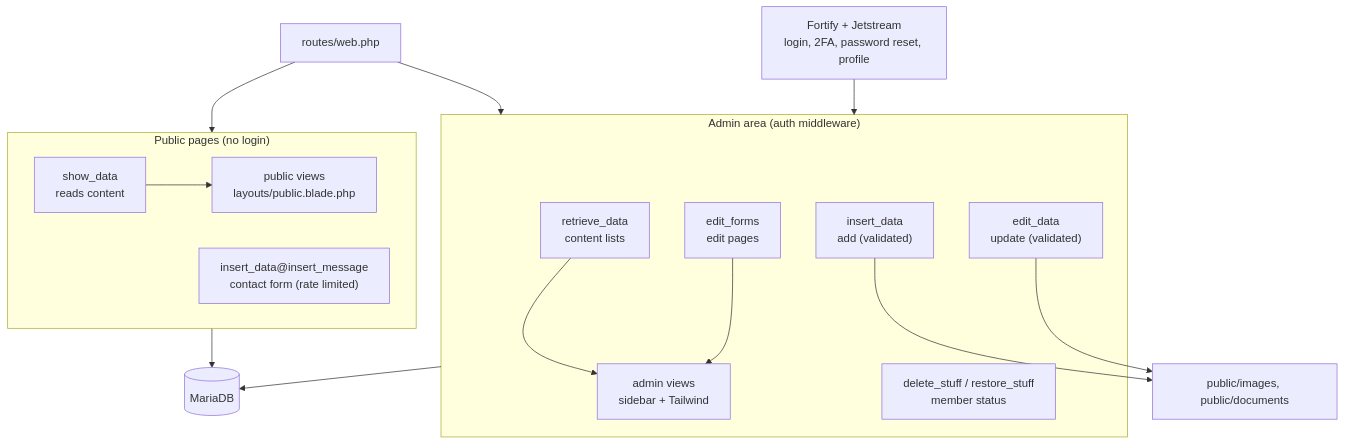
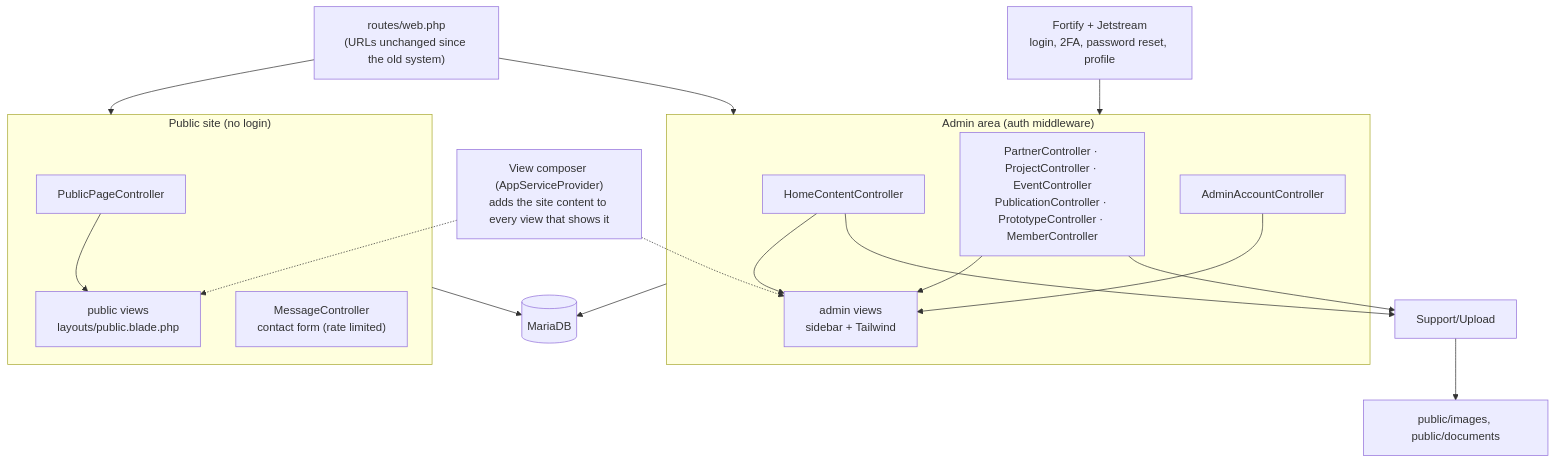
The second of 2 diagrams in README.md (ademnea/iot_website), drawn with Mermaid before and after one commit. The commit also changed other lines of this file and 39 other files, not shown here.

````diff
--- a/README.md
+++ b/README.md
@@ -110,18 +110,18 @@
 ```mermaid
 flowchart TB
-    R["routes/web.php"] --> PUB & ADM
-    subgraph PUB["Public pages (no login)"]
-        SD["show_data<br/>reads content"] --> PV["public views<br/>layouts/public.blade.php"]
-        IM["insert_data@insert_message<br/>contact form (rate limited)"]
+    R["routes/web.php<br/>(URLs unchanged since the old system)"] --> PUB & ADM
+    subgraph PUB["Public site (no login)"]
+        PP["PublicPageController"] --> PV["public views<br/>layouts/public.blade.php"]
+        MC["MessageController<br/>contact form (rate limited)"]
     end
     subgraph ADM["Admin area (auth middleware)"]
-        RD["retrieve_data<br/>content lists"] --> AV["admin views<br/>sidebar + Tailwind"]
-        EF["edit_forms<br/>edit pages"] --> AV
-        ID["insert_data<br/>add (validated)"]
-        ED["edit_data<br/>update (validated)"]
-        DS["delete_stuff / restore_stuff<br/>member status"]
+        HC["HomeContentController"]
+        CT["PartnerController · ProjectController · EventController<br/>PublicationController · PrototypeController · MemberController"]
+        AC["AdminAccountController"]
+        HC & CT & AC --> AV["admin views<br/>sidebar + Tailwind"]
     end
+    VC["View composer (AppServiceProvider)<br/>adds the site content to every view that shows it"] -.-> PV & AV
     F["Fortify + Jetstream<br/>login, 2FA, password reset, profile"] --> ADM
     PUB & ADM --> DB[("MariaDB")]
-    ID & ED --> FS["public/images, public/documents"]
+    HC & CT --> UP["Support/Upload"] --> FS["public/images, public/documents"]
 ```
````
